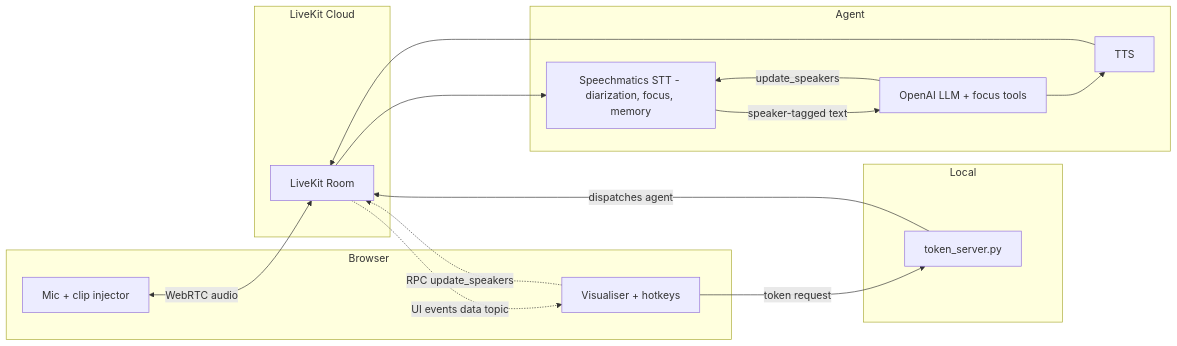
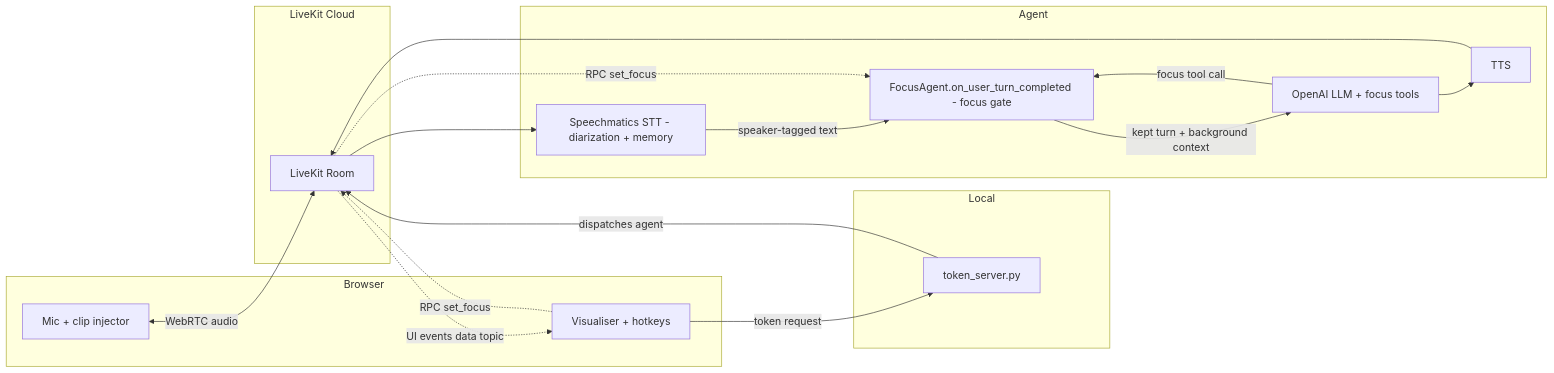
The diagram in integrations/livekit/03-speaker-focus-voice-agent/README.md (speechmatics/speechmatics-academy), drawn with Mermaid before and after one commit. The commit also changed other lines of this file and 7 other files, not shown here.

````diff
--- a/integrations/livekit/03-speaker-focus-voice-agent/README.md
+++ b/integrations/livekit/03-speaker-focus-voice-agent/README.md
@@ -128,32 +128,35 @@
 ```mermaid
 flowchart LR
     subgraph Browser
         MIC[Mic + clip injector]
         UI[Visualiser + hotkeys]
     end
 
     subgraph Local
         TOKEN[token_server.py]
     end
 
     subgraph LiveKit Cloud
         ROOM[LiveKit Room]
     end
 
     subgraph Agent
-        STT["Speechmatics STT - diarization, focus, memory"]
+        STT["Speechmatics STT - diarization + memory"]
+        GATE["FocusAgent.on_user_turn_completed - focus gate"]
         LLM["OpenAI LLM + focus tools"]
         TTS[TTS]
     end
 
     UI -->|token request| TOKEN
     TOKEN -->|dispatches agent| ROOM
     MIC <-->|WebRTC audio| ROOM
     ROOM --> STT
-    STT -->|speaker-tagged text| LLM
+    STT -->|speaker-tagged text| GATE
+    GATE -->|kept turn + background context| LLM
     LLM --> TTS
     TTS --> ROOM
-    LLM -->|update_speakers| STT
-    UI -.->|RPC update_speakers| ROOM
+    LLM -->|focus tool call| GATE
+    UI -.->|RPC set_focus| ROOM
+    ROOM -.->|RPC set_focus| GATE
     ROOM -.->|UI events data topic| UI
 ```
````
